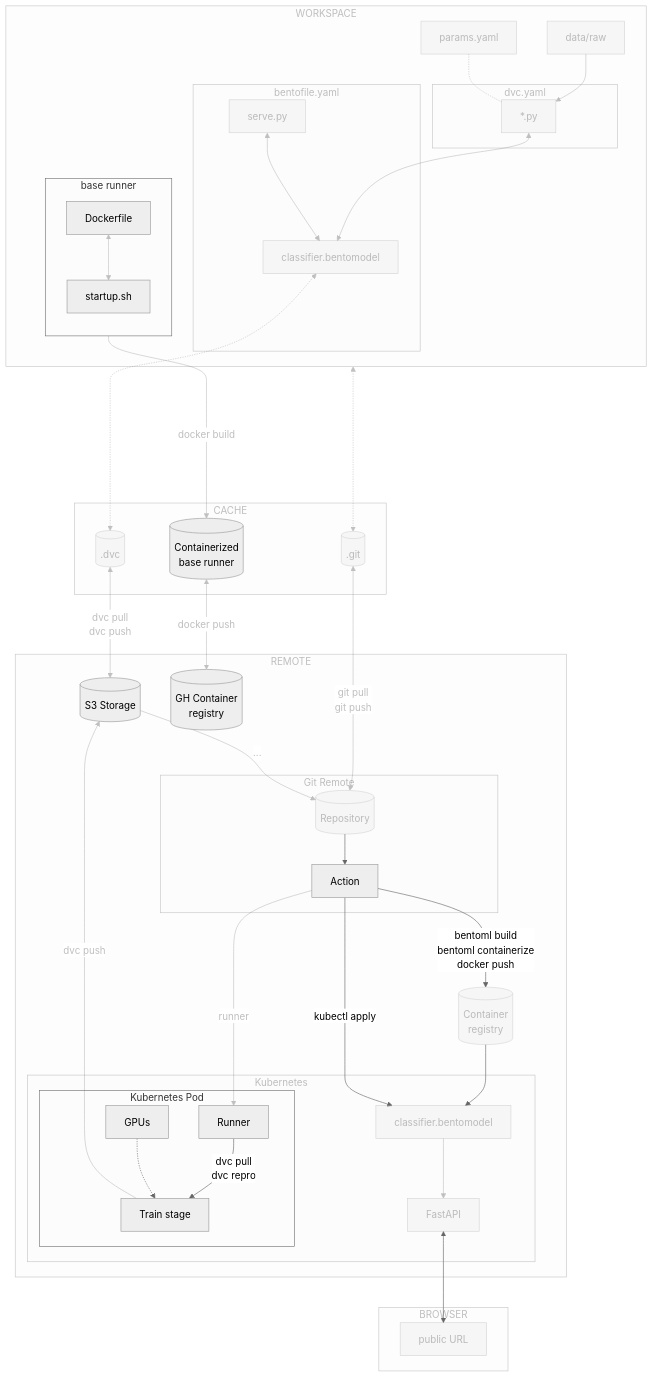
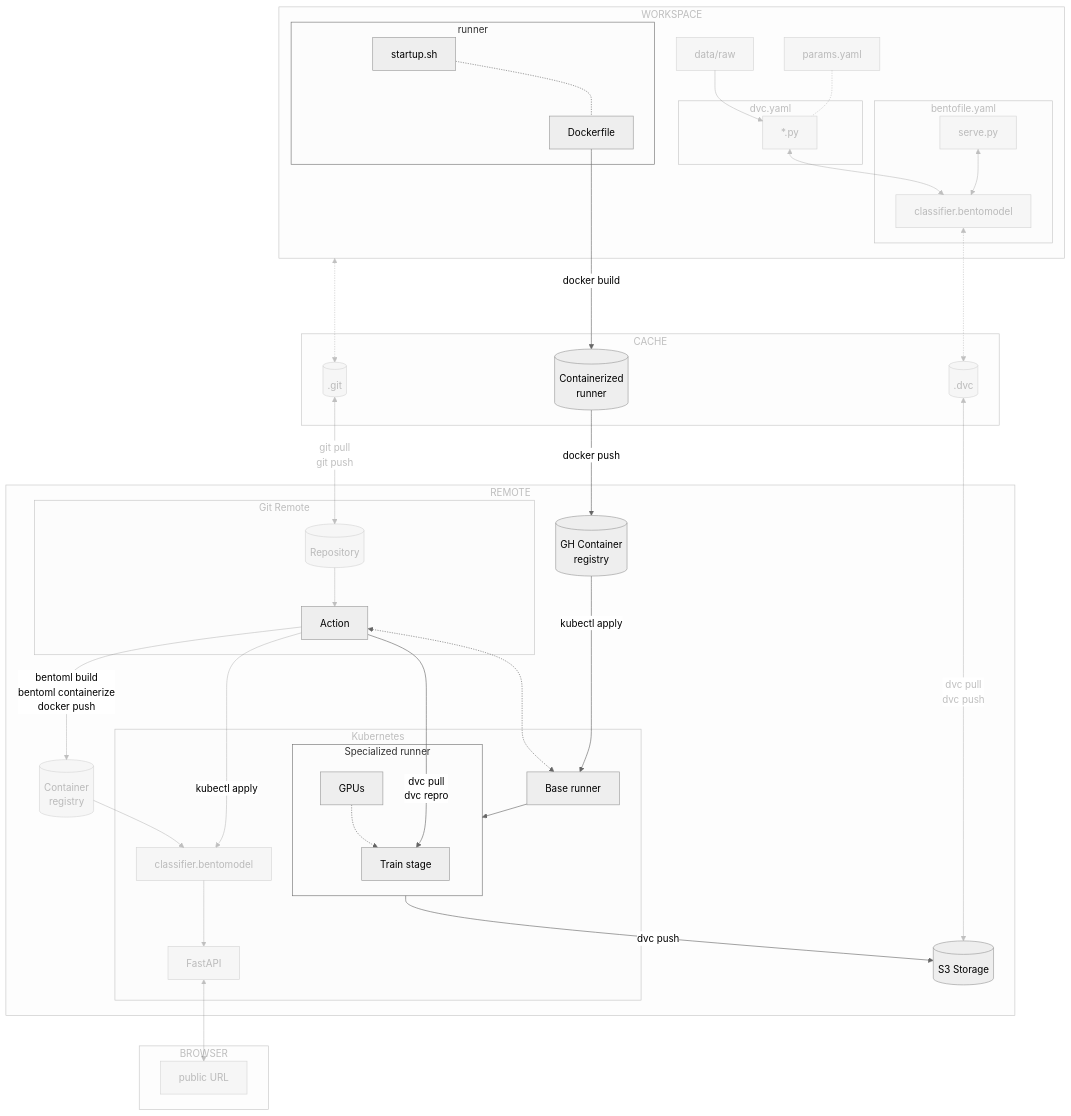
The diagram in docs/part-3-serve-and-deploy-the-model/chapter-17-train-the-model-on-a-kubernetes-pod.md (swiss-ai-center/a-guide-to-mlops), drawn with Mermaid (neutral theme) before and after one commit. The commit also changed other lines of this file, not shown here.

````diff
--- a/docs/part-3-serve-and-deploy-the-model/chapter-17-train-the-model-on-a-kubernetes-pod.md
+++ b/docs/part-3-serve-and-deploy-the-model/chapter-17-train-the-model-on-a-kubernetes-pod.md
@@ -35,22 +35,17 @@
     dot_git[(.git)] <-->|git pull
                          git push| repository[(Repository)]
     workspaceGraph <-....-> dot_git
-    base_runner_artifact <-->|docker push| registry_docker[(GH Container
+    runner_artifact -->|docker push| registry_docker[(GH Container
                                                     registry)]
     data[data/raw]
     subgraph cacheGraph[CACHE]
         dot_dvc
         dot_git
-        base_runner_artifact[(Containerized
-                        base runner)]
+        runner_artifact[(Containerized
+                        runner)]
     end
 
     subgraph workspaceGraph[WORKSPACE]
-        subgraph runnerBase[base runner]
-            direction TB
-            Dockerfile <--> startup.sh
-        end
-        runnerBase --> |docker build| base_runner_artifact
         data --> code[*.py]
         subgraph dvcGraph["dvc.yaml"]
             code
@@ -58,10 +53,13 @@
         params[params.yaml] -.- code
         code <--> bento_model[classifier.bentomodel]
         subgraph bentoGraph[bentofile.yaml]
-            bento_model
             serve[serve.py] <--> bento_model
         end
         bento_model <-.-> dot_dvc
+        subgraph runnerGraph[runner]
+            startup.sh -.- Dockerfile
+        end
+        Dockerfile --> |docker build| runner_artifact
     end
 
     subgraph remoteGraph[REMOTE]
@@ -76,19 +74,24 @@
         action --> |bentoml build
                     bentoml containerize
                     docker push|registry
-        s3_storage --> |...|repository
+
         subgraph clusterGraph[Kubernetes]
-            subgraph clusterPodGraph[Kubernetes Pod]
-                pod_runner[Runner] -->|dvc pull
-                                       dvc repro| pod_train[Train stage]
+            base_runner[Base runner]
+            bento_service_cluster[classifier.bentomodel] --> k8s_fastapi[FastAPI]
+            subgraph specialized_runner[Specialized runner]
+                pod_train[Train stage]
                 k8s_gpu[GPUs] -.-> pod_train
             end
-            bento_service_cluster[classifier.bentomodel] --> k8s_fastapi[FastAPI]
         end
-        action --> |runner|pod_runner
-        pod_train -->|dvc push| s3_storage
+        action <-.-> base_runner
+        registry_docker --> |kubectl apply|base_runner
         registry --> bento_service_cluster
+        specialized_runner --> |dvc push|s3_storage
         action --> |kubectl apply|bento_service_cluster
+
+        base_runner --> specialized_runner
+        action --> |dvc pull
+                    dvc repro|pod_train
     end
 
     subgraph browserGraph[BROWSER]
@@ -118,16 +121,16 @@
     linkStyle 0 opacity:0.4,color:#7f7f7f80
     linkStyle 1 opacity:0.4,color:#7f7f7f80
     linkStyle 2 opacity:0.4,color:#7f7f7f80
-    linkStyle 3 opacity:0.4,color:#7f7f7f80
+
     linkStyle 4 opacity:0.4,color:#7f7f7f80
     linkStyle 5 opacity:0.4,color:#7f7f7f80
     linkStyle 6 opacity:0.4,color:#7f7f7f80
     linkStyle 7 opacity:0.4,color:#7f7f7f80
     linkStyle 8 opacity:0.4,color:#7f7f7f80
-    linkStyle 9 opacity:0.4,color:#7f7f7f80
-    linkStyle 10 opacity:0.4,color:#7f7f7f80
-    linkStyle 13 opacity:0.4,color:#7f7f7f80
-    linkStyle 16 opacity:0.4,color:#7f7f7f80
-    linkStyle 17 opacity:0.4,color:#7f7f7f80
-    linkStyle 18 opacity:0.4,color:#7f7f7f80
+    linkStyle 11 opacity:0.4,color:#7f7f7f8
+    linkStyle 12 opacity:0.4,color:#7f7f7f8
+    linkStyle 13 opacity:0.4,color:#7f7f7f8
+    linkStyle 17 opacity:0.4,color:#7f7f7f8
+    linkStyle 19 opacity:0.4,color:#7f7f7f8
+    linkStyle 22 opacity:0.4,color:#7f7f7f8
 ```
````
